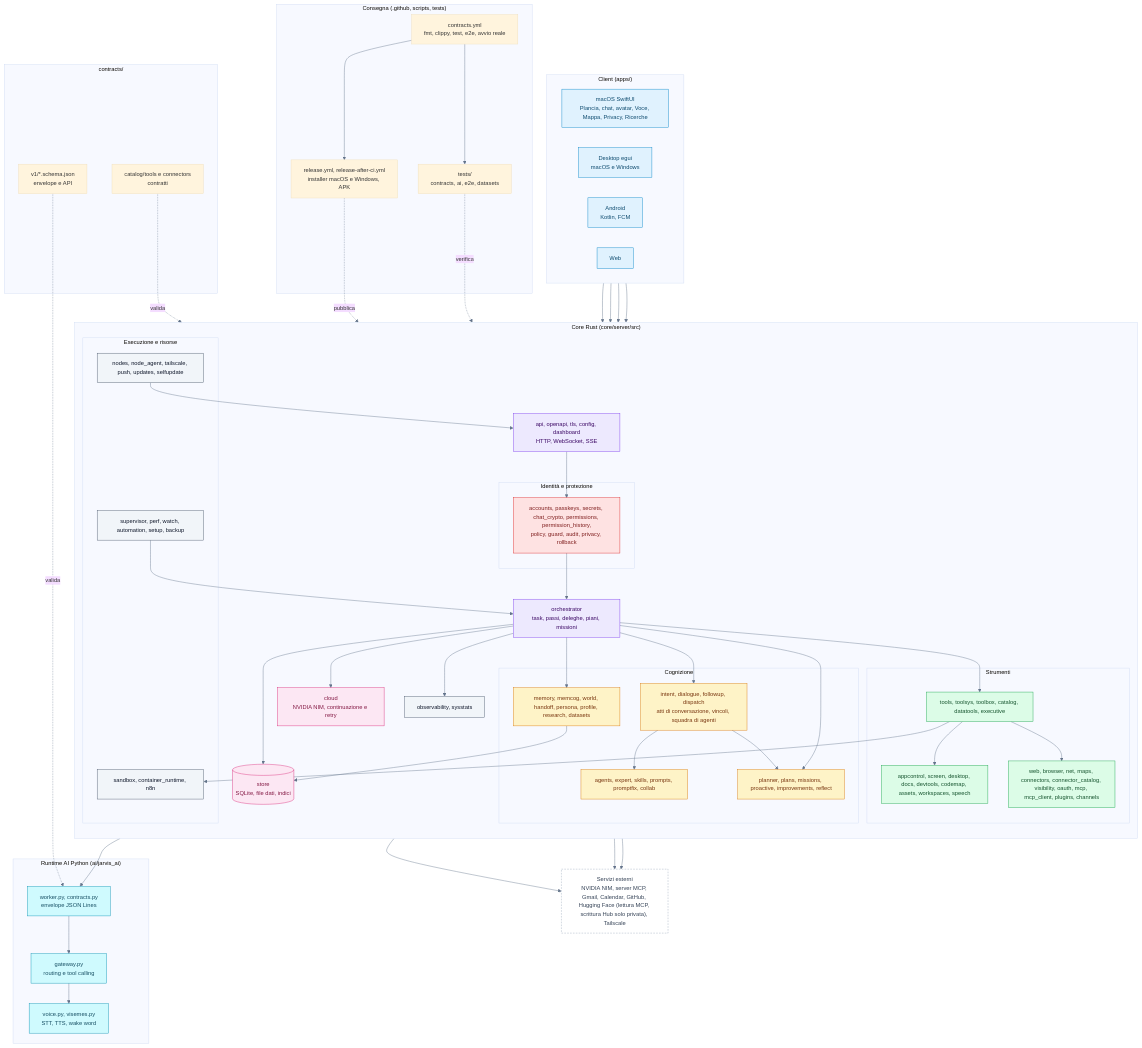
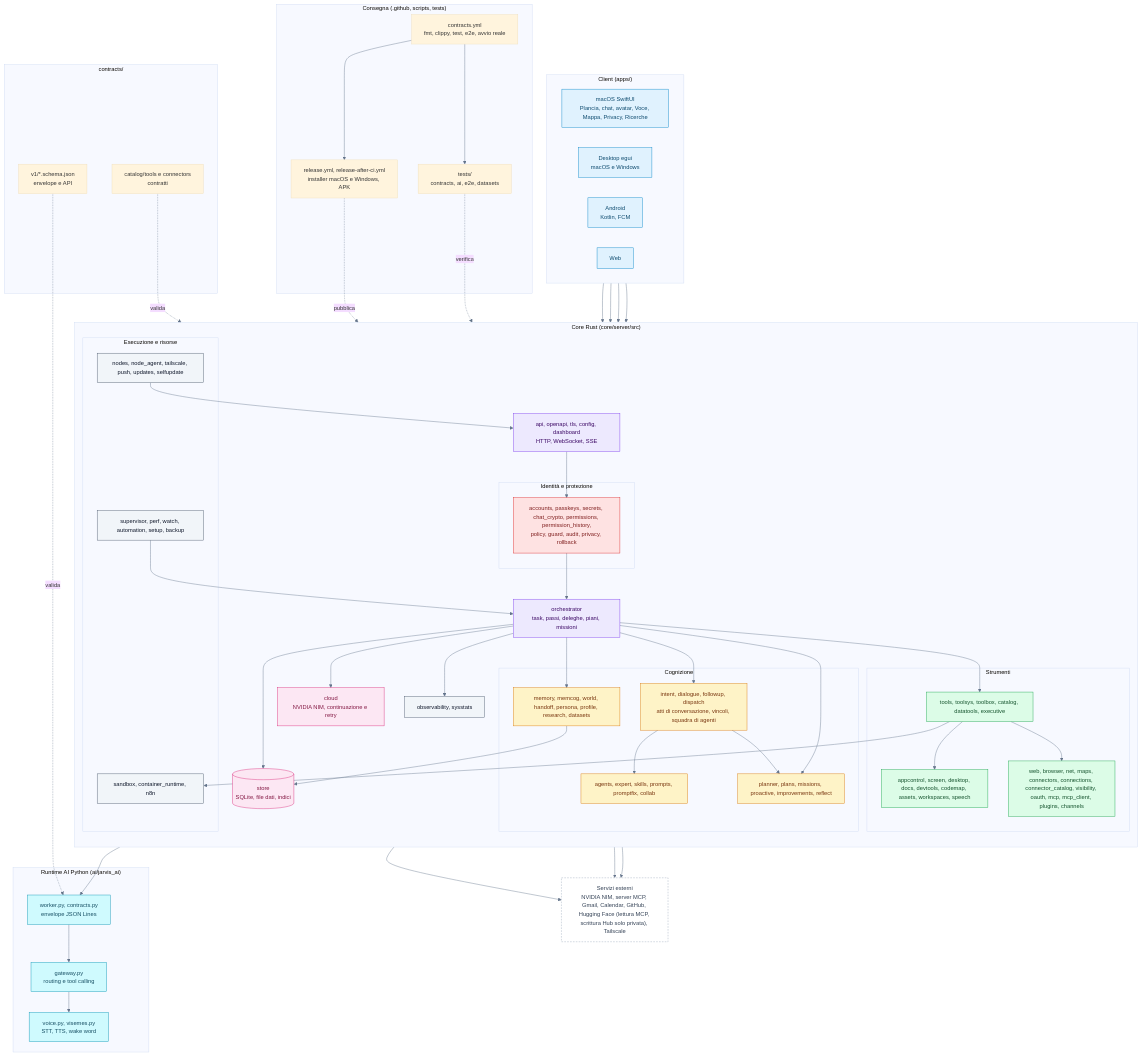
Before and after one commit to xX-VyrnCore-Xx/JARVIS: the second of 5 diagrams in docs/ARCHITECTURE.md, drawn with Mermaid.

Commit message:
Diagramma: aggiunge il modulo connections
Claude-Session: https://claude.ai/code/session_01KjqaGRRX663gMNjVS6CiAq

```diff
--- a/docs/ARCHITECTURE.md
+++ b/docs/ARCHITECTURE.md
@@ -50,7 +50,7 @@
         subgraph Tools["Strumenti"]
             TSYS["tools, toolsys, toolbox, catalog, datatools, executive"]
             OPS["appcontrol, screen, desktop, docs, devtools, codemap, assets, workspaces, speech"]
-            NET["web, browser, net, maps, connectors, connector_catalog, visibility, oauth, mcp, mcp_client, plugins, channels"]
+            NET["web, browser, net, maps, connectors, connections, connector_catalog, visibility, oauth, mcp, mcp_client, plugins, channels"]
         end
 
         subgraph Run["Esecuzione e risorse"]
```
